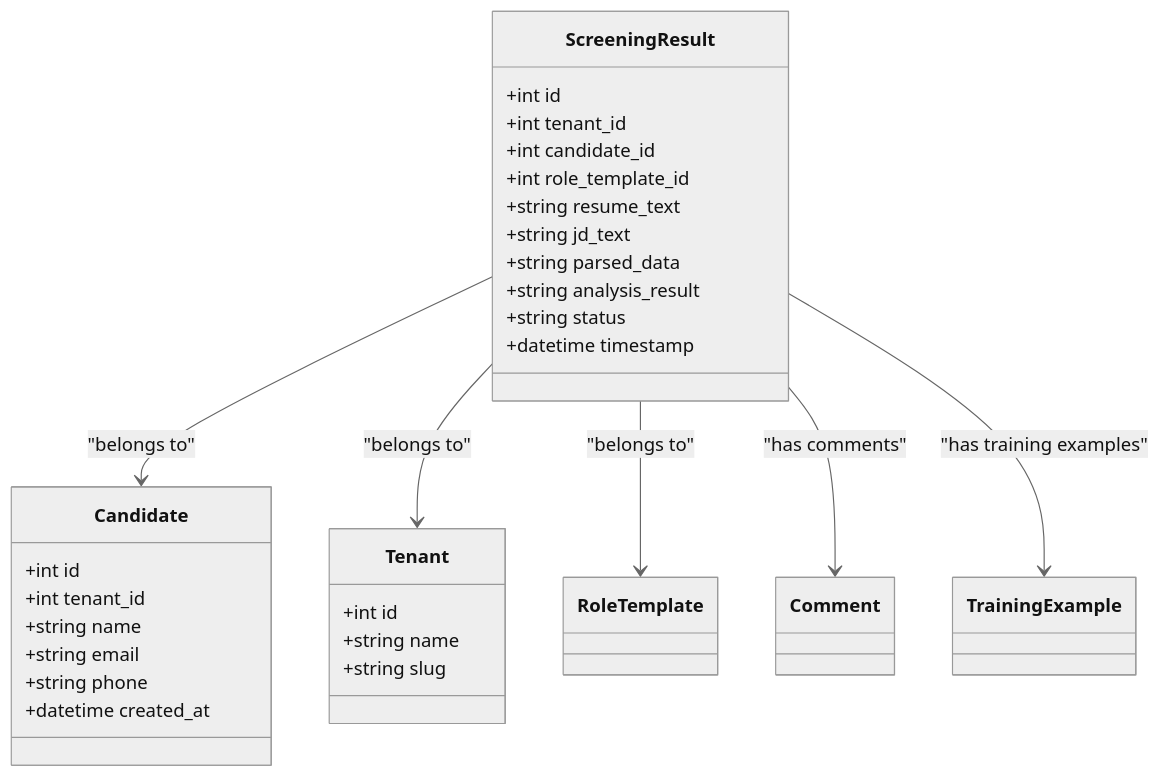
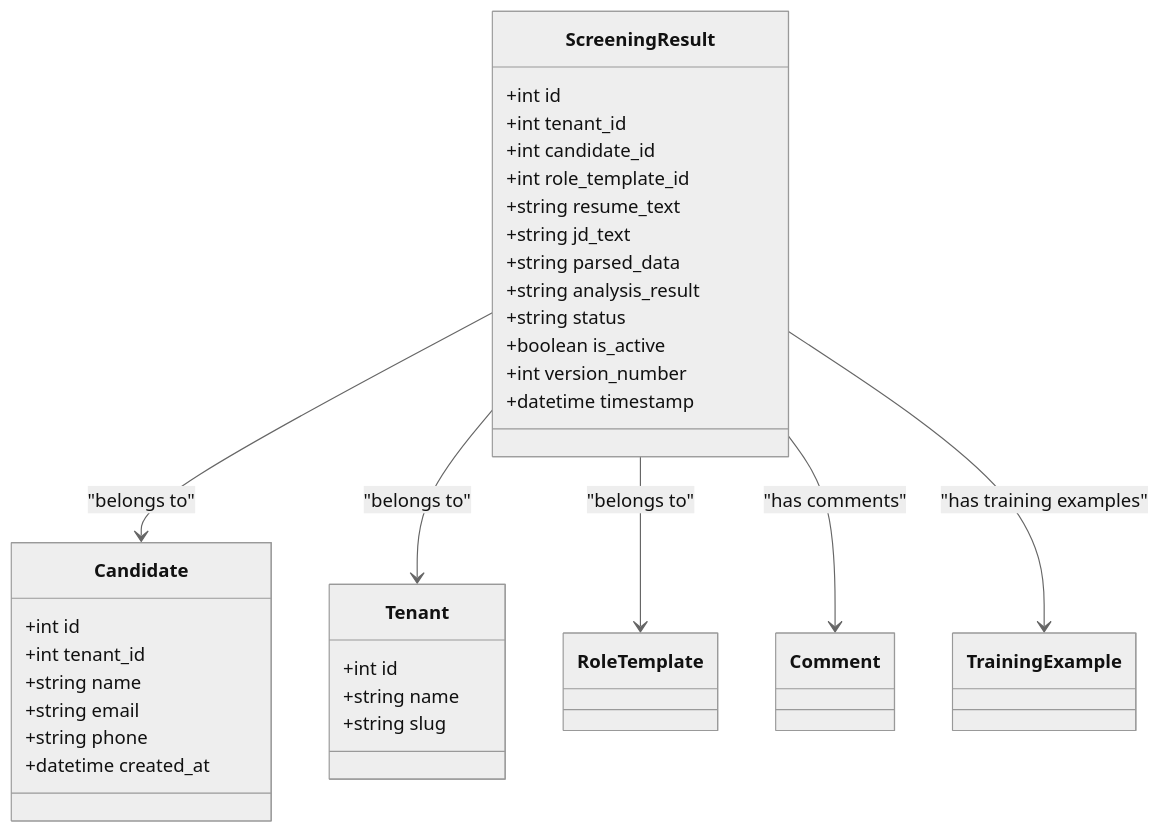
The third of 8 diagrams in .qoder/repowiki/en/content/Candidate Management/Analysis History and Tracking.md (Revanththetalogics/aireume), drawn with Mermaid (neutral theme) before and after one commit. The commit also changed other lines of this file and 20 other files, not shown here.

````diff
--- a/.qoder/repowiki/en/content/Candidate Management/Analysis History and Tracking.md
+++ b/.qoder/repowiki/en/content/Candidate Management/Analysis History and Tracking.md
@@ -134,33 +155,35 @@
 ```mermaid
 classDiagram
 class ScreeningResult {
 +int id
 +int tenant_id
 +int candidate_id
 +int role_template_id
 +string resume_text
 +string jd_text
 +string parsed_data
 +string analysis_result
 +string status
++boolean is_active
++int version_number
 +datetime timestamp
 }
 class Candidate {
 +int id
 +int tenant_id
 +string name
 +string email
 +string phone
 +datetime created_at
 }
 class Tenant {
 +int id
 +string name
 +string slug
 }
 ScreeningResult --> Candidate : "belongs to"
 ScreeningResult --> Tenant : "belongs to"
 ScreeningResult --> RoleTemplate : "belongs to"
 ScreeningResult --> Comment : "has comments"
 ScreeningResult --> TrainingExample : "has training examples"
 ```
````
